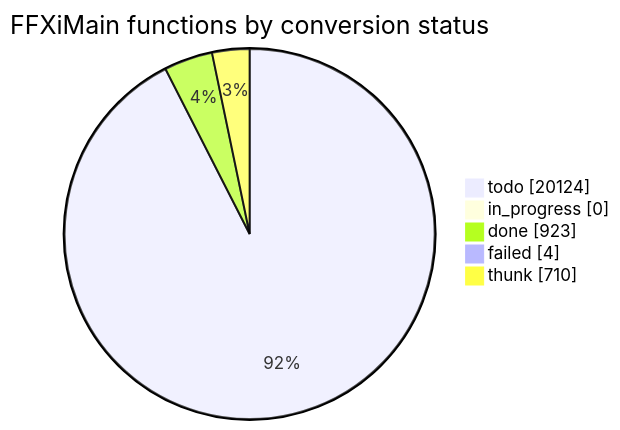
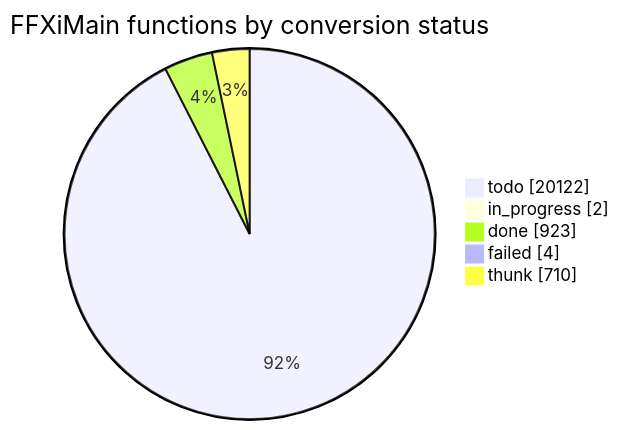
One commit to cowrevenge/cow_kuluu_xi_anything changed the diagram in docs/cow/STATUS.md. Above: the diagram before and after it, drawn with Mermaid. The commit also changed other lines of this file and 7 other files, not shown here.

````diff
--- a/docs/cow/STATUS.md
+++ b/docs/cow/STATUS.md
@@ -18,9 +18,9 @@
 ```mermaid
 pie showData
     title FFXiMain functions by conversion status
-    "todo" : 20124
-    "in_progress" : 0
+    "todo" : 20122
+    "in_progress" : 2
     "done" : 923
     "failed" : 4
     "thunk" : 710
 ```
````
